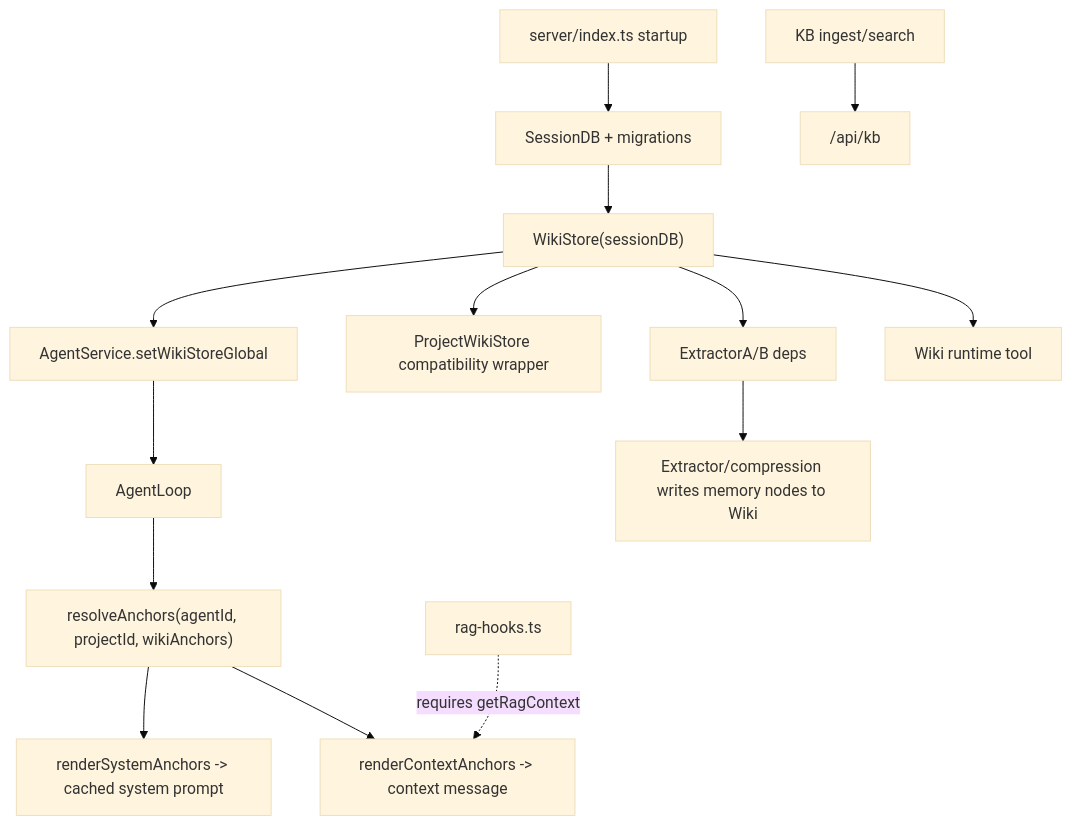
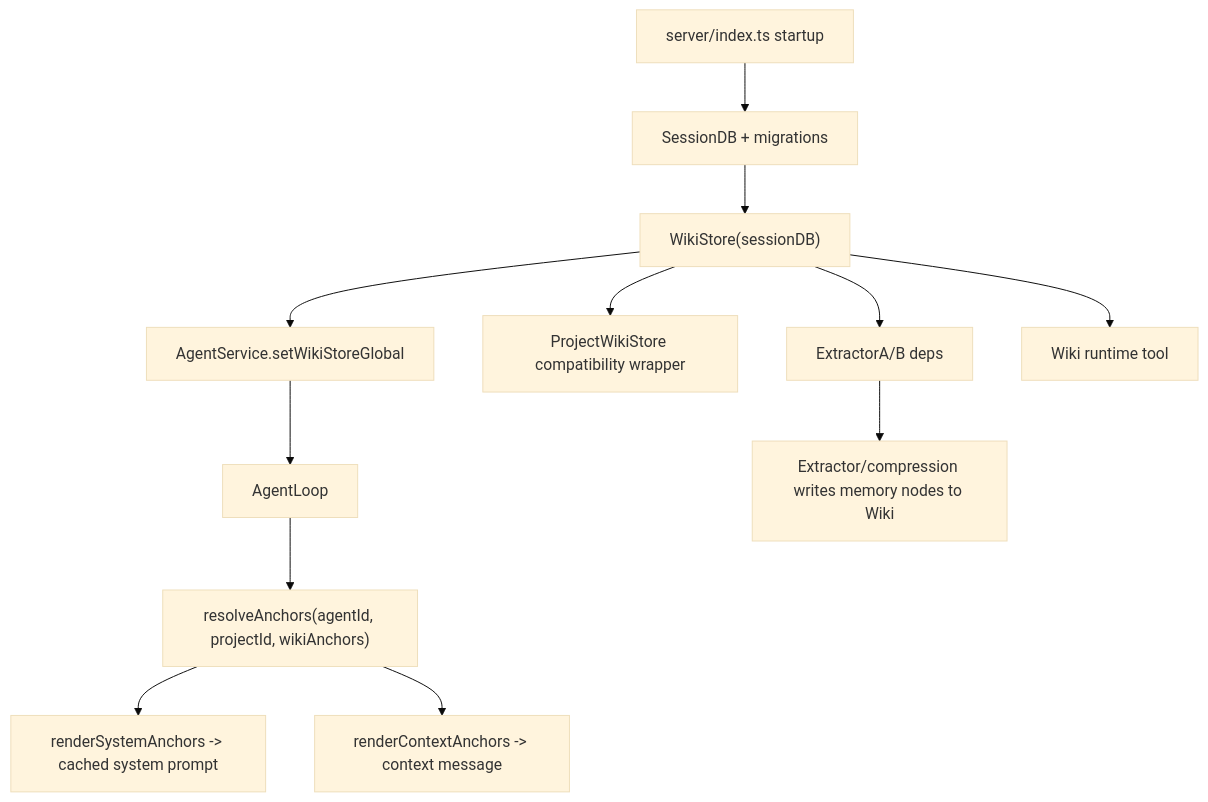
One commit to LanicBlue/zero-core changed the first of 3 diagrams in docs/arch/06-knowledge-subsystems.md. Above: the diagram before and after it, drawn with Mermaid (base theme). The commit also changed other lines of this file, not shown here.

````diff
--- a/docs/arch/06-knowledge-subsystems.md
+++ b/docs/arch/06-knowledge-subsystems.md
@@ -17,16 +16,14 @@
 ```mermaid
 graph TB
     Start["server/index.ts startup"] --> DB["SessionDB + migrations"]
     DB --> WikiStore["WikiStore(sessionDB)"]
     WikiStore --> Extractors["ExtractorA/B deps"]
     WikiStore --> ProjectCompat["ProjectWikiStore compatibility wrapper"]
     WikiStore --> AgentService["AgentService.setWikiStoreGlobal"]
     AgentService --> Loop["AgentLoop"]
     Loop --> Anchors["resolveAnchors(agentId, projectId, wikiAnchors)"]
     Anchors --> System["renderSystemAnchors -> cached system prompt"]
     Anchors --> Context["renderContextAnchors -> context message"]
     WikiStore --> WikiTool["Wiki runtime tool"]
     Extractors --> MemoryNodes["Extractor/compression writes memory nodes to Wiki"]
-    KB["KB ingest/search"] --> KBApi["/api/kb"]
-    RagHook["rag-hooks.ts"] -. requires getRagContext .-> Context
 ```
````
